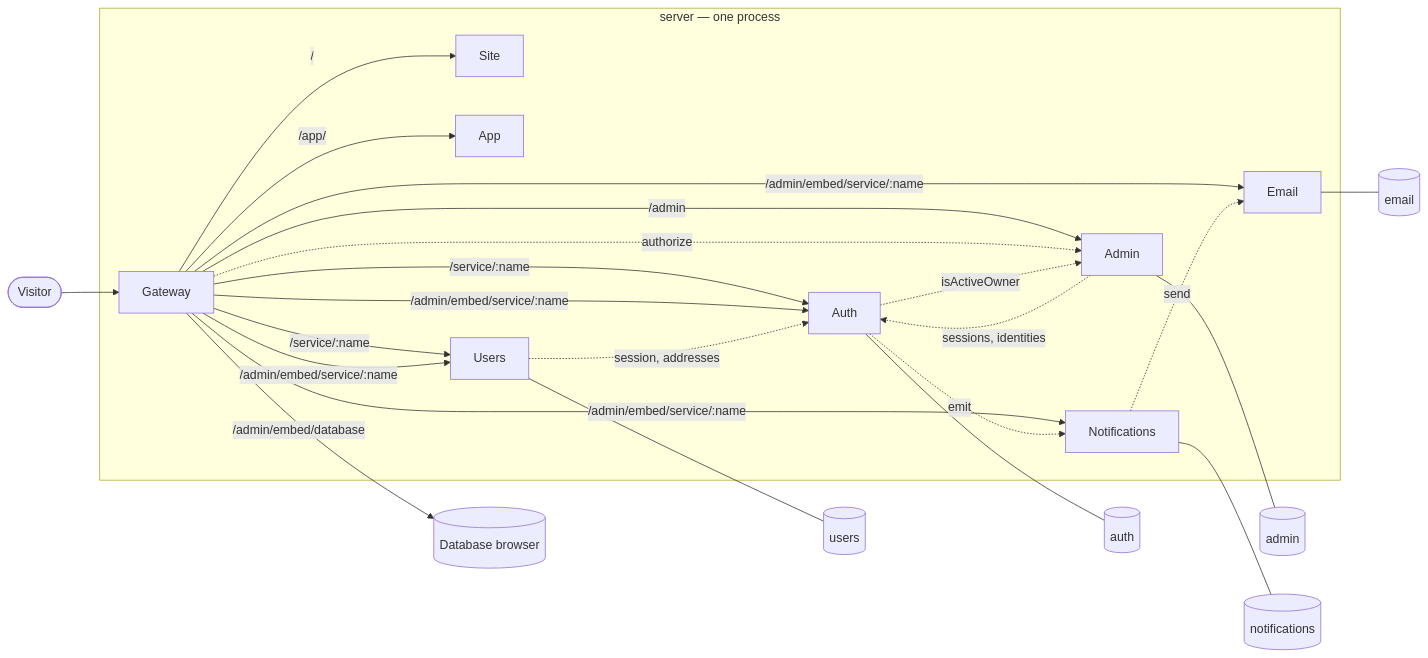
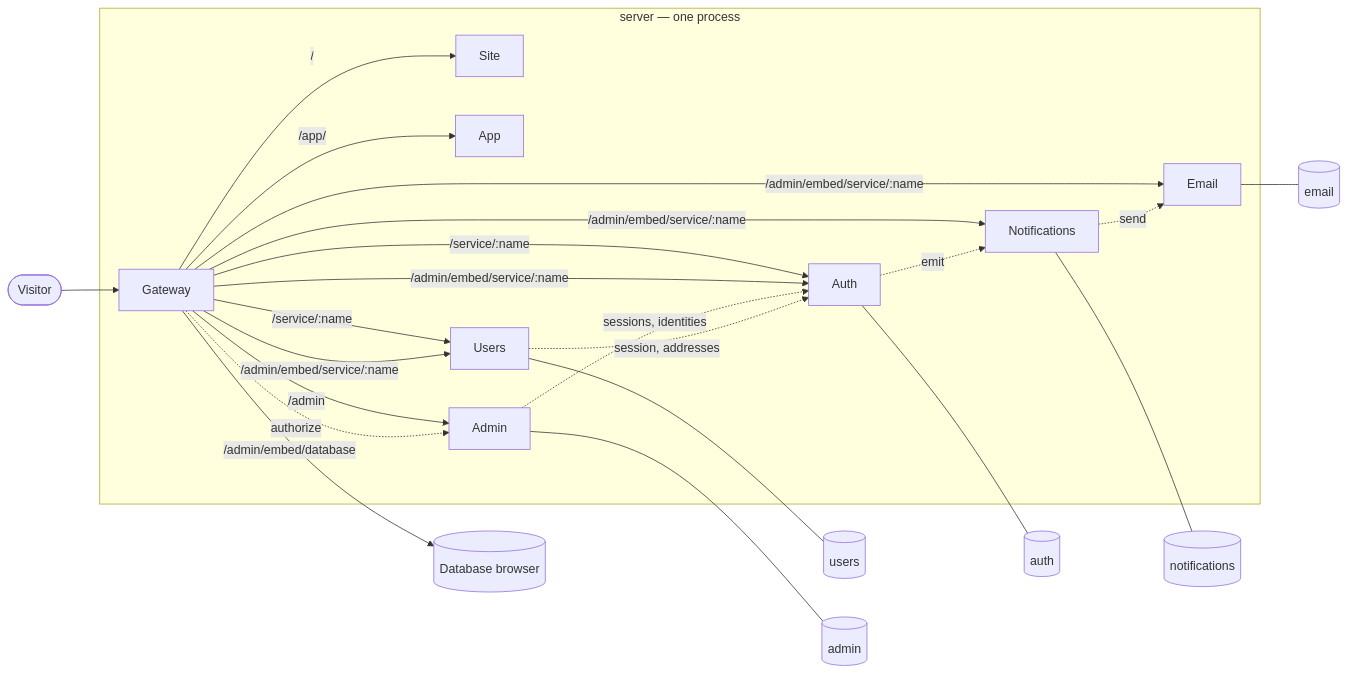
Before and after one commit to lisabazdyreva/grimcode-ru: the diagram in docs/architecture.md, drawn with Mermaid. The commit also changed other lines of this file and 79 other files, not shown here.

````diff
--- a/docs/architecture.md
+++ b/docs/architecture.md
@@ -16,33 +16,32 @@
 ```mermaid
 flowchart LR
   visitor([Visitor]) --> gateway
 
   subgraph server["server — one process"]
     gateway[Gateway]
 
     gateway -->|/| site[Site]
     gateway -->|/app/| app[App]
     gateway -->|/service/:name| auth[Auth]
     gateway -->|/service/:name| users[Users]
     gateway -->|/admin| admin[Admin]
     gateway -->|/admin/embed/service/:name| auth
     gateway -->|/admin/embed/service/:name| users
     gateway -->|/admin/embed/service/:name| notifications[Notifications]
     gateway -->|/admin/embed/service/:name| email[Email]
 
     gateway -.->|authorize| admin
     admin -.->|sessions, identities| auth
     users -.->|session, addresses| auth
-    auth -.->|isActiveOwner| admin
     auth -.->|emit| notifications
     notifications -.->|send| email
   end
 
   gateway -->|/admin/embed/database| adminer[(Database browser)]
 
   auth --- authDb[(auth)]
   users --- usersDb[(users)]
   admin --- adminDb[(admin)]
   notifications --- notificationsDb[(notifications)]
   email --- emailDb[(email)]
 ```
````
